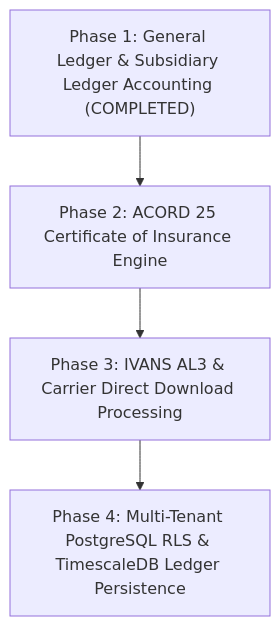
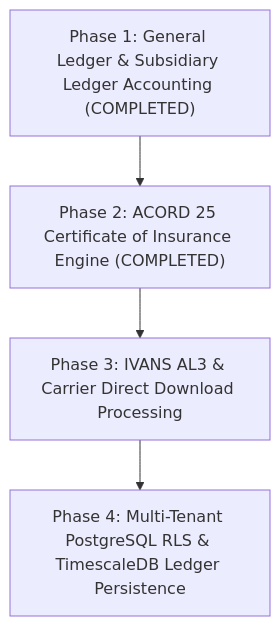
One commit to bjohnson1279/ams-proto changed the diagram in ROADMAP.md. Above: the diagram before and after it, drawn with Mermaid. The commit also changed other lines of this file and 10 other files, not shown here.

Commit message:
Merge Phase 2 ACORD 25 Certificate of Insurance Engine and update roadmap, add new tab for certificates. Adjusted styling for metric cards in public/index.html.

````diff
--- a/ROADMAP.md
+++ b/ROADMAP.md
@@ -9,6 +9,6 @@
 ```mermaid
 graph TD
-    Phase1["Phase 1: General Ledger & Subsidiary Ledger Accounting (COMPLETED)"] --> Phase2["Phase 2: ACORD 25 Certificate of Insurance Engine"]
+    Phase1["Phase 1: General Ledger & Subsidiary Ledger Accounting (COMPLETED)"] --> Phase2["Phase 2: ACORD 25 Certificate of Insurance Engine (COMPLETED)"]
     Phase2 --> Phase3["Phase 3: IVANS AL3 & Carrier Direct Download Processing"]
     Phase3 --> Phase4["Phase 4: Multi-Tenant PostgreSQL RLS & TimescaleDB Ledger Persistence"]
 ```
````
